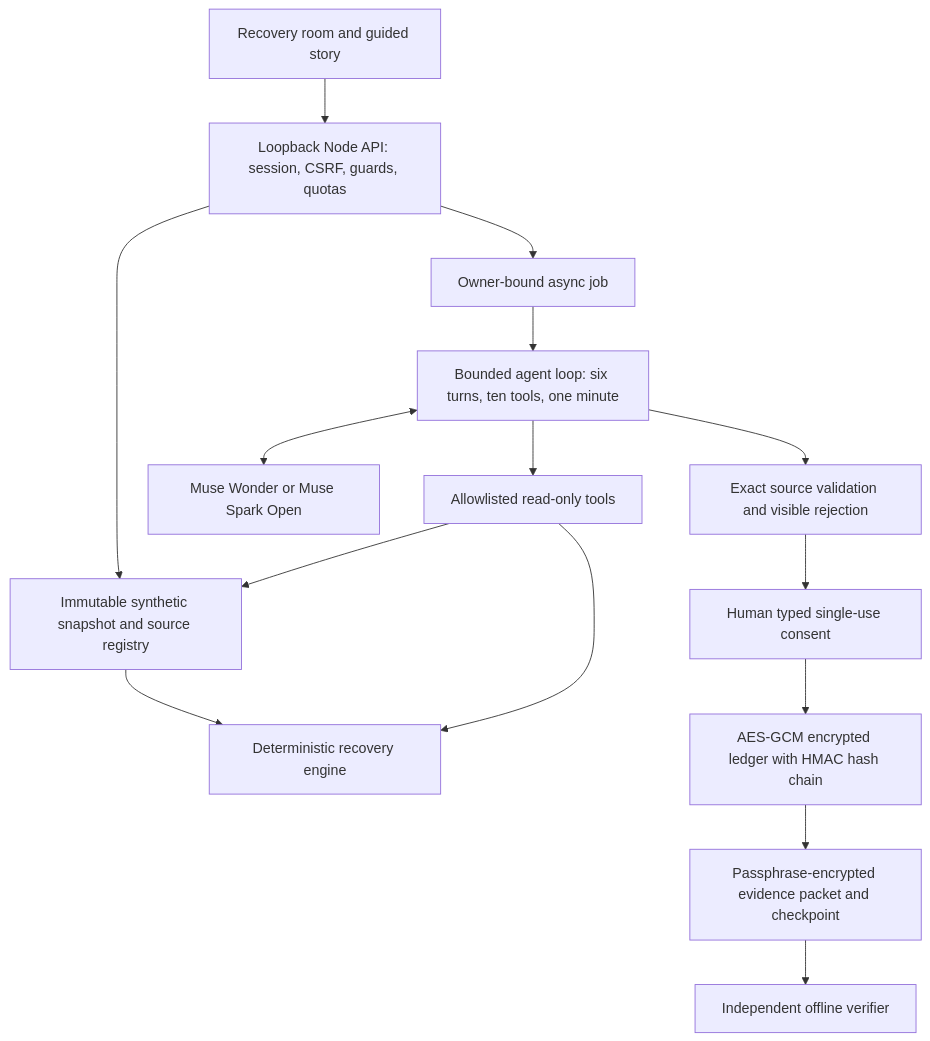
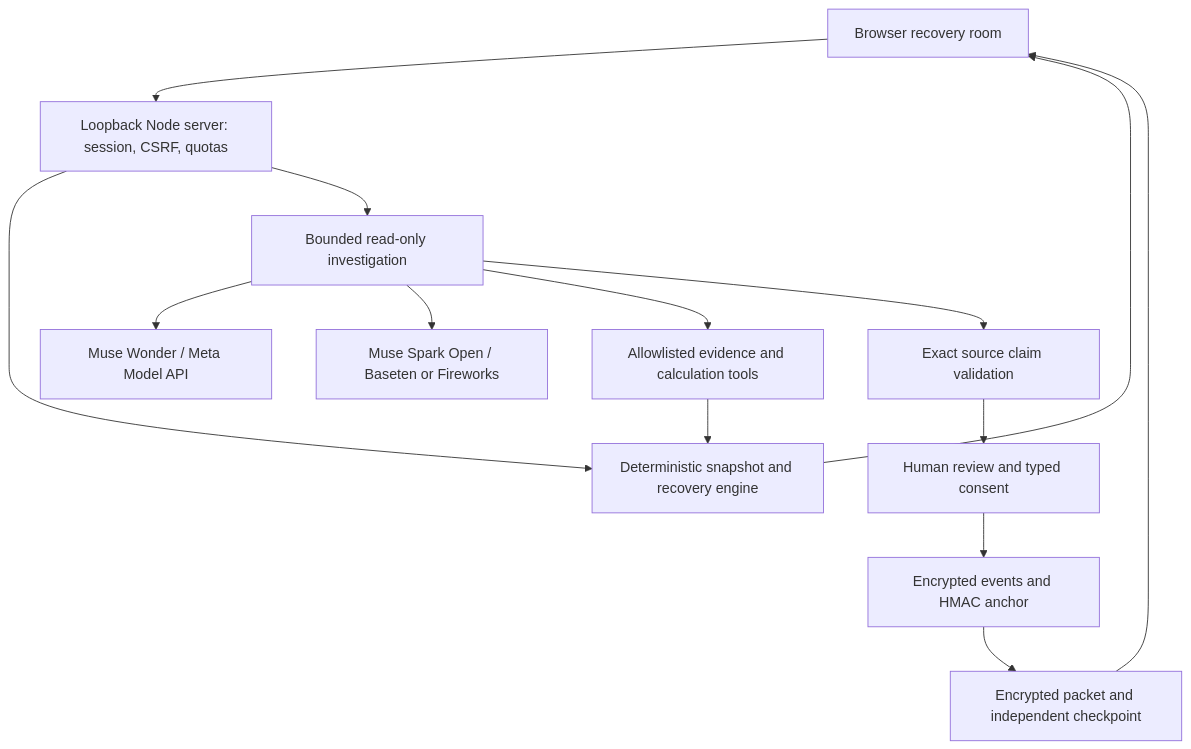
Before and after one commit to justinevans4040-cloud/forgefront-factory-resilience: the diagram in README.md, drawn with Mermaid. The commit also changed other lines of this file and 303 other files, not shown here.

First line of the commit message:
Publish demo flow polish, mock isolation hardening and verification evidence

````diff
--- a/README.md
+++ b/README.md
@@ -102,17 +76,16 @@
 ```mermaid
 flowchart TD
-  UI[Recovery room and guided story] --> API[Loopback Node API: session, CSRF, guards, quotas]
-  API --> S[Immutable synthetic snapshot and source registry]
-  S --> E[Deterministic recovery engine]
-  API --> J[Owner-bound async job]
-  J --> L[Bounded agent loop: six turns, ten tools, one minute]
-  L <--> M[Muse Wonder or Muse Spark Open]
-  L --> T[Allowlisted read-only tools]
-  T --> S
-  T --> E
-  L --> V[Exact source validation and visible rejection]
-  V --> H[Human typed single-use consent]
-  H --> A[AES-GCM encrypted ledger with HMAC hash chain]
-  A --> P[Passphrase-encrypted evidence packet and checkpoint]
-  P --> C[Independent offline verifier]
+  UI[Browser recovery room] --> API[Loopback Node server: session, CSRF, quotas]
+  API --> Engine[Deterministic snapshot and recovery engine]
+  API --> Agent[Bounded read-only investigation]
+  Agent --> Wonder[Muse Wonder / Meta Model API]
+  Agent --> Spark[Muse Spark Open / Baseten or Fireworks]
+  Agent --> Tools[Allowlisted evidence and calculation tools]
+  Tools --> Engine
+  Agent --> Claims[Exact source claim validation]
+  Claims --> Human[Human review and typed consent]
+  Human --> Ledger[Encrypted events and HMAC anchor]
+  Ledger --> Export[Encrypted packet and independent checkpoint]
+  Engine --> UI
+  Export --> UI
 ```
````
